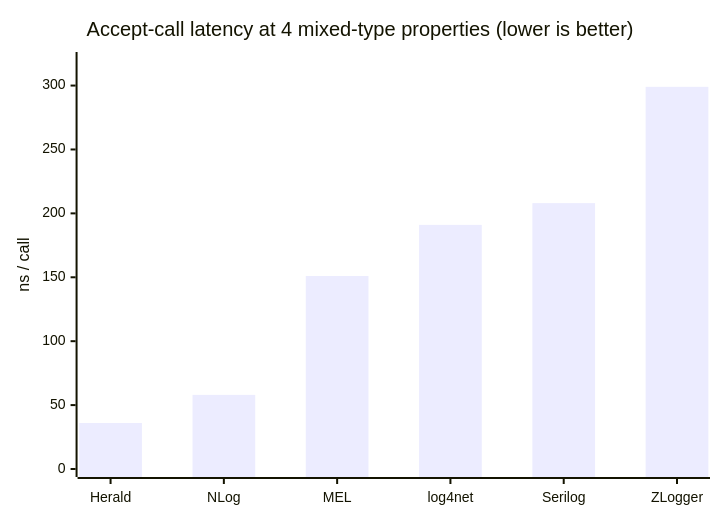
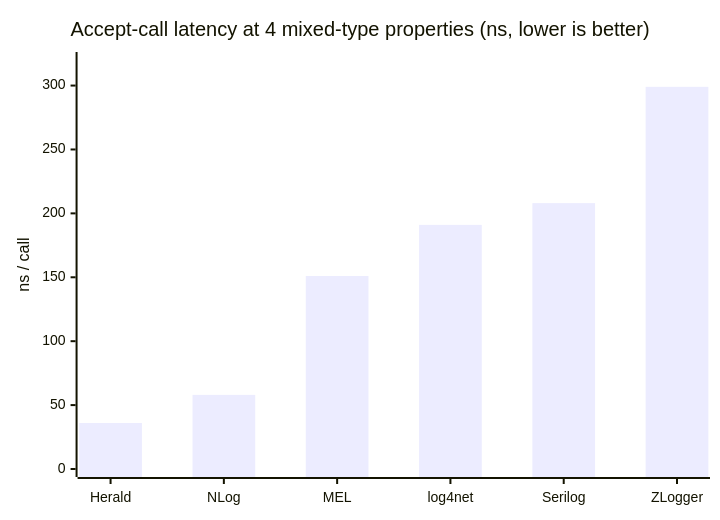
One commit to mmpworks/Herald.OSS changed the first of 7 diagrams in docs/benchmarks/consolidated-benchmarks.md. Above: the diagram before and after it, drawn with Mermaid. The commit also changed other lines of this file and 13 other files, not shown here.

````diff
--- a/docs/benchmarks/consolidated-benchmarks.md
+++ b/docs/benchmarks/consolidated-benchmarks.md
@@ -86,7 +41,7 @@
 ```mermaid
 xychart-beta
-    title "Accept-call latency at 4 mixed-type properties (lower is better)"
+    title "Accept-call latency at 4 mixed-type properties (ns, lower is better)"
     x-axis ["Herald", "NLog", "MEL", "log4net", "Serilog", "ZLogger"]
     y-axis "ns / call" 0 --> 320
     bar [36, 58, 151, 191, 208, 299]
 ```
````
